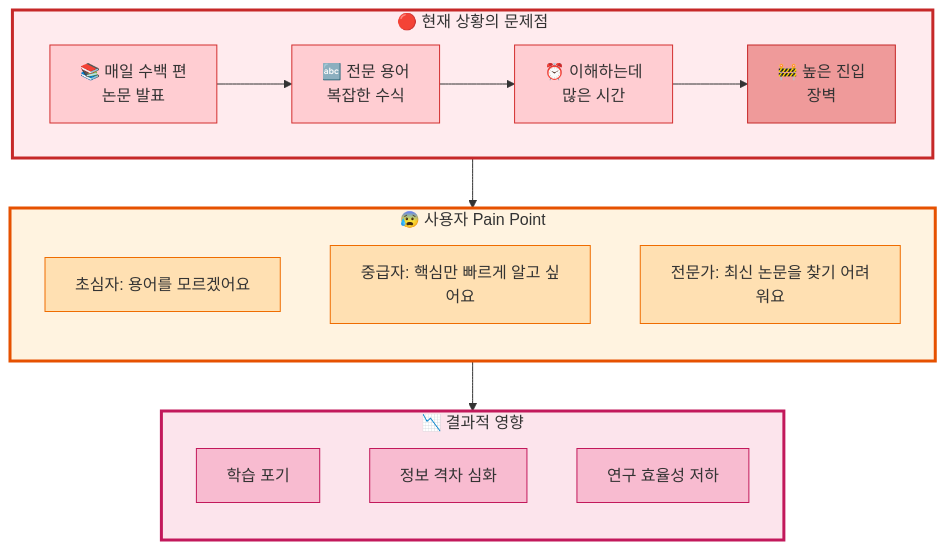
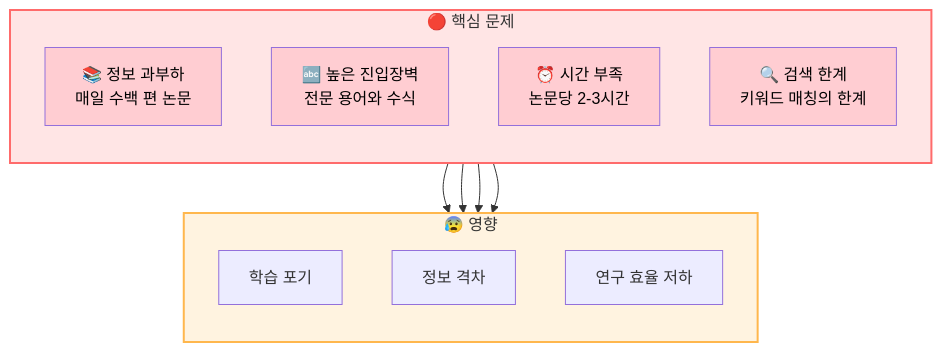
Before and after one commit to AIBootcamp14/langchainproject-new-langchainproject_5: the first of 10 diagrams in docs/PPT/new/02_프로젝트_목표_및_설계.md, drawn with Mermaid. The commit also changed other lines of this file, not shown here.

````diff
--- a/docs/PPT/new/02_프로젝트_목표_및_설계.md
+++ b/docs/PPT/new/02_프로젝트_목표_및_설계.md
@@ -19,49 +27,31 @@
 ```mermaid
 graph TB
-    subgraph CurrentProblem["🔴 현재 상황의 문제점"]
-        direction LR
-        CP1[📚 매일 수백 편<br/>논문 발표]
-        CP2[🔤 전문 용어<br/>복잡한 수식]
-        CP3[⏰ 이해하는데<br/>많은 시간]
-        CP4[🚧 높은 진입<br/>장벽]
-
-        CP1 --> CP2
-        CP2 --> CP3
-        CP3 --> CP4
+    subgraph Problems["🔴 핵심 문제"]
+        direction TB
+        P1[📚 정보 과부하<br/>매일 수백 편 논문]
+        P2[🔤 높은 진입장벽<br/>전문 용어와 수식]
+        P3[⏰ 시간 부족<br/>논문당 2-3시간]
+        P4[🔍 검색 한계<br/>키워드 매칭의 한계]
     end
 
-    subgraph UserPain["😰 사용자 Pain Point"]
+    subgraph Impacts["😰 영향"]
         direction TB
-        UP1[초심자: 용어를 모르겠어요]
-        UP2[중급자: 핵심만 빠르게 알고 싶어요]
-        UP3[전문가: 최신 논문을 찾기 어려워요]
+        I1[학습 포기]
+        I2[정보 격차]
+        I3[연구 효율 저하]
     end
 
-    subgraph Impact["📉 결과적 영향"]
-        direction TB
-        I1[학습 포기]
-        I2[정보 격차 심화]
-        I3[연구 효율성 저하]
-    end
-
-    CurrentProblem --> UserPain
-    UserPain --> Impact
+    P1 --> I1
+    P2 --> I1
+    P3 --> I2
+    P4 --> I3
 
     %% 스타일링
-    style CurrentProblem fill:#ffebee,stroke:#c62828,stroke-width:3px
-    style UserPain fill:#fff3e0,stroke:#e65100,stroke-width:3px
-    style Impact fill:#fce4ec,stroke:#c2185b,stroke-width:3px
+    style Problems fill:#FFE5E5,stroke:#FF6B6B,stroke-width:2px
+    style Impacts fill:#FFF3E0,stroke:#FFB74D,stroke-width:2px
 
-    style CP1 fill:#ffcdd2,stroke:#d32f2f
-    style CP2 fill:#ffcdd2,stroke:#d32f2f
-    style CP3 fill:#ffcdd2,stroke:#d32f2f
-    style CP4 fill:#ef9a9a,stroke:#c62828
-
-    style UP1 fill:#ffe0b2,stroke:#ef6c00
-    style UP2 fill:#ffe0b2,stroke:#ef6c00
-    style UP3 fill:#ffe0b2,stroke:#ef6c00
-
-    style I1 fill:#f8bbd0,stroke:#c2185b
-    style I2 fill:#f8bbd0,stroke:#c2185b
-    style I3 fill:#f8bbd0,stroke:#c2185b
+    style P1 fill:#FFCDD2,color:#000
+    style P2 fill:#FFCDD2,color:#000
+    style P3 fill:#FFCDD2,color:#000
+    style P4 fill:#FFCDD2,color:#000
 ```
````
